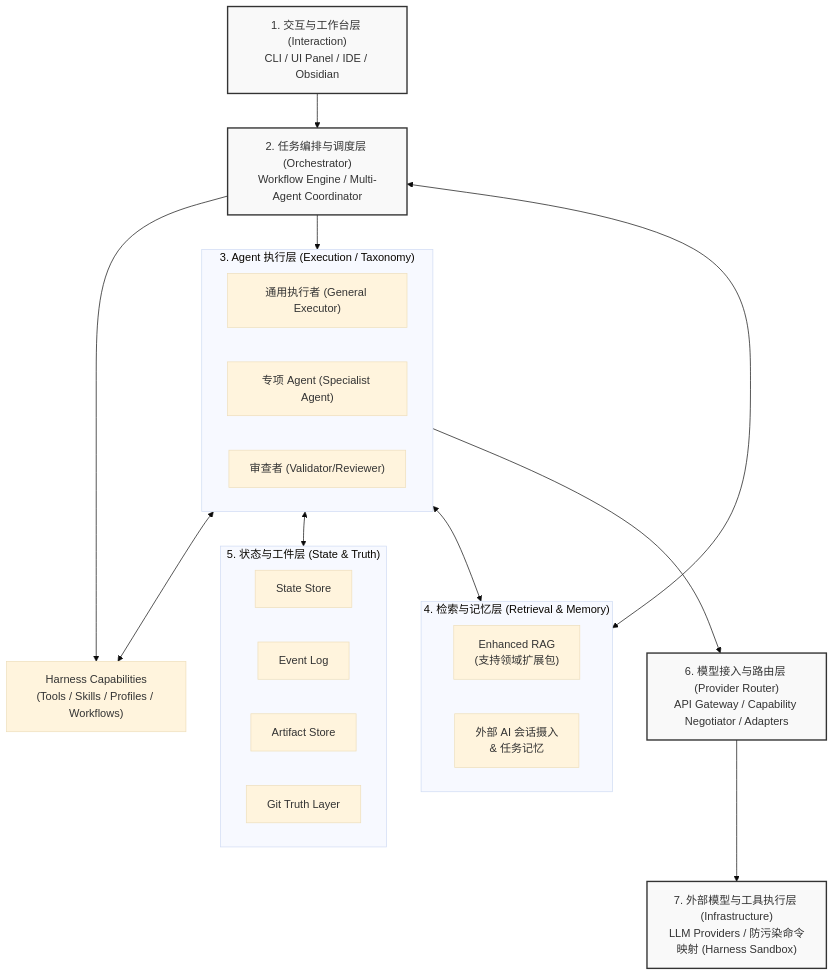
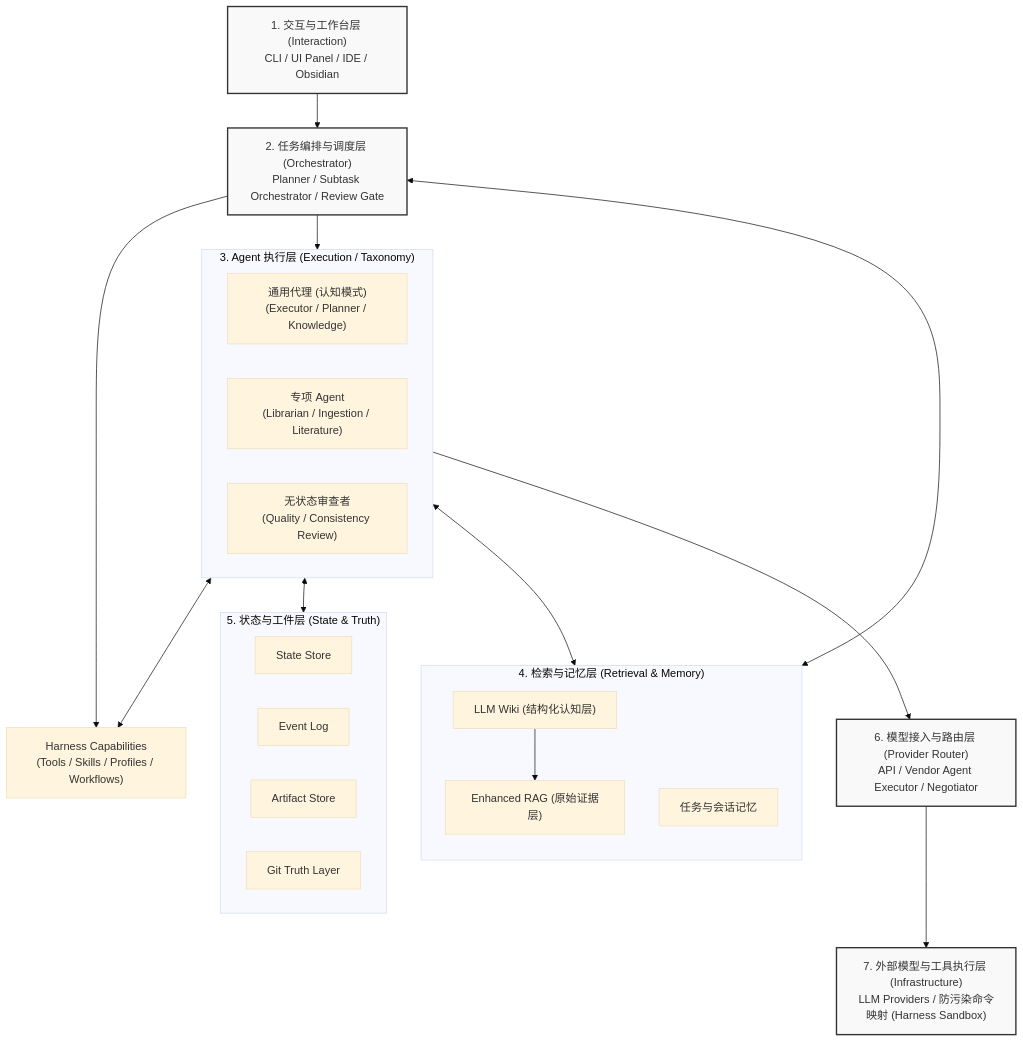
The diagram in ARCHITECTURE.md (RocioGinsberg/swallow), drawn with Mermaid (base theme) before and after one commit. The commit also changed other lines of this file and 62 other files, not shown here.

Commit message:
docs(design):refine workframe, add LLM wiki & subagents proposal

````diff
--- a/ARCHITECTURE.md
+++ b/ARCHITECTURE.md
@@ -25,54 +25,56 @@
 ```mermaid
 graph TD
     %% 交互层
     UI["1. 交互与工作台层 (Interaction)<br/>CLI / UI Panel / IDE / Obsidian"]
 
     %% 编排层
-    Orch["2. 任务编排与调度层 (Orchestrator)<br/>Workflow Engine / Multi-Agent Coordinator"]
+    Orch["2. 任务编排与调度层 (Orchestrator)<br/>Planner / Subtask Orchestrator / Review Gate"]
 
     %% Agent层
     subgraph AgentLayer ["3. Agent 执行层 (Execution / Taxonomy)"]
         direction LR
-        General["通用执行者 (General Executor)"]
-        Specialist["专项 Agent (Specialist Agent)"]
-        Validator["审查者 (Validator/Reviewer)"]
+        General["通用代理 (认知模式)<br/>(Executor / Planner / Knowledge)"]
+        Specialist["专项 Agent<br/>(Librarian / Ingestion / Literature)"]
+        Validator["无状态审查者<br/>(Quality / Consistency Review)"]
     end
 
     %% 检索与记忆层
     subgraph MemoryLayer ["4. 检索与记忆层 (Retrieval & Memory)"]
-        direction LR
-        RAG["Enhanced RAG <br/>(支持领域扩展包)"]
-        TaskMemory["外部 AI 会话摄入 <br/>& 任务记忆"]
+        direction TB
+        Wiki["LLM Wiki (结构化认知层)"]
+        RAG["Enhanced RAG (原始证据层)"]
+        TaskMemory["任务与会话记忆"]
+        Wiki --> RAG
     end
 
     %% 状态与工件层
     subgraph TruthLayer ["5. 状态与工件层 (State & Truth)"]
         direction LR
         State["State Store"]
         Event["Event Log"]
         Artifact["Artifact Store"]
         Git["Git Truth Layer"]
     end
 
     %% 路由层
-    Router["6. 模型接入与路由层 (Provider Router)<br/>API Gateway / Capability Negotiator / Adapters"]
+    Router["6. 模型接入与路由层 (Provider Router)<br/>API / Vendor Agent Executor / Negotiator"]
 
     %% 供应层
     Supply["7. 外部模型与工具执行层 (Infrastructure)<br/>LLM Providers / 防污染命令映射 (Harness Sandbox)"]
 
     %% 核心扩展层
     Harness["Harness Capabilities<br/>(Tools / Skills / Profiles / Workflows)"]
 
     UI --> Orch
     Orch --> AgentLayer
     Orch <--> MemoryLayer
     Orch --> Harness
     AgentLayer <--> Harness
     AgentLayer <--> TruthLayer
     AgentLayer <--> MemoryLayer
     AgentLayer --> Router
     Router --> Supply
 
     classDef core fill:#f9f9f9,stroke:#333,stroke-width:2px;
     class UI,Orch,Router,Supply core;
 ```
````
